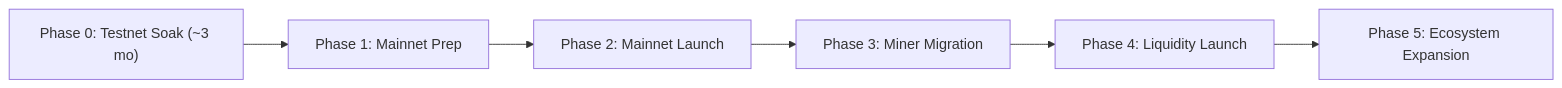
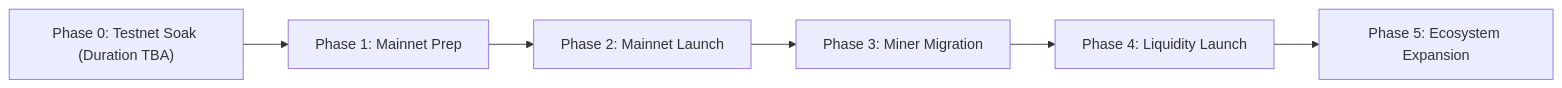
One commit to acxxcxx/armax-coin changed the diagram in TREASURY_MIGRATION_PLAN.md. Above: the diagram before and after it, drawn with Mermaid. The commit also changed other lines of this file and 35 other files, not shown here.

````diff
--- a/TREASURY_MIGRATION_PLAN.md
+++ b/TREASURY_MIGRATION_PLAN.md
@@ -241,8 +274,8 @@
 ```mermaid
 flowchart LR
-    P0["Phase 0: Testnet Soak (~3 mo)"] --> P1["Phase 1: Mainnet Prep"]
+    P0["Phase 0: Testnet Soak (Duration TBA)"] --> P1["Phase 1: Mainnet Prep"]
     P1 --> P2["Phase 2: Mainnet Launch"]
     P2 --> P3["Phase 3: Miner Migration"]
     P3 --> P4["Phase 4: Liquidity Launch"]
     P4 --> P5["Phase 5: Ecosystem Expansion"]
 ```
````
